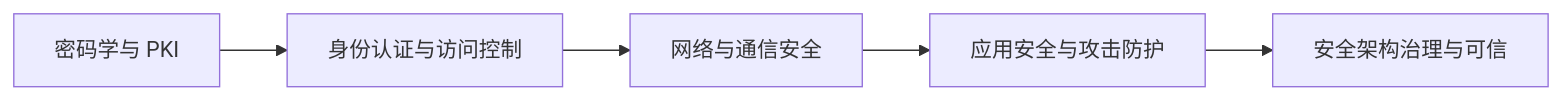
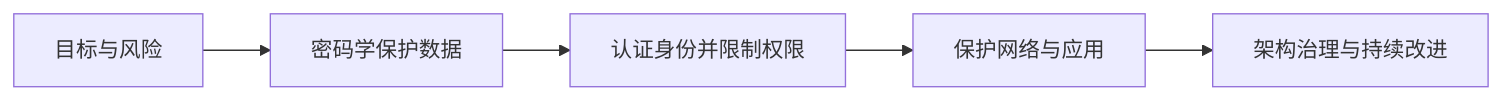
One commit to 74262195/system-architect-notes changed the diagram in 01_综合知识/03_信息安全技术/信息安全技术-考前速记.md. Above: the diagram before and after it, drawn with Mermaid. The commit also changed other lines of this file and 40 other files, not shown here.

````diff
--- a/01_综合知识/03_信息安全技术/信息安全技术-考前速记.md
+++ b/01_综合知识/03_信息安全技术/信息安全技术-考前速记.md
@@ -31,7 +29,7 @@
 ```mermaid
 flowchart LR
-    A[密码学与 PKI] --> B[身份认证与访问控制]
-    B --> C[网络与通信安全]
-    C --> D[应用安全与攻击防护]
-    D --> E[安全架构治理与可信]
+    A[目标与风险] --> B[密码学保护数据]
+    B --> C[认证身份并限制权限]
+    C --> D[保护网络与应用]
+    D --> E[架构治理与持续改进]
 ```
````
